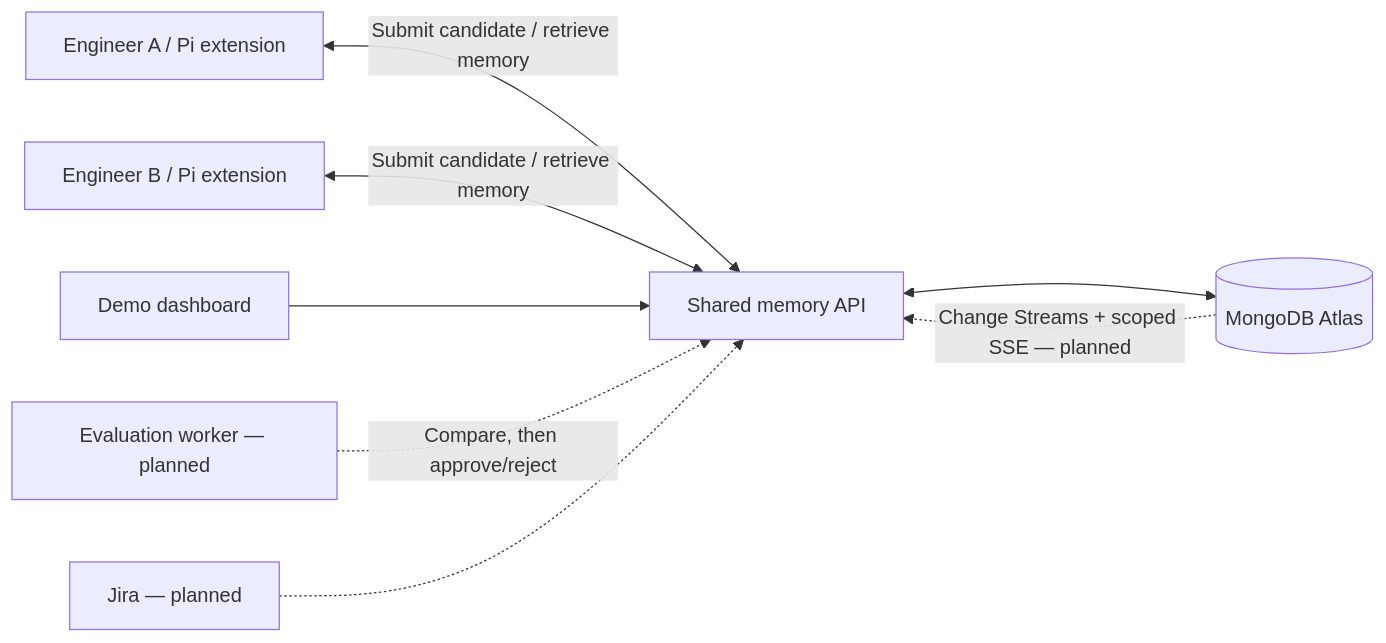
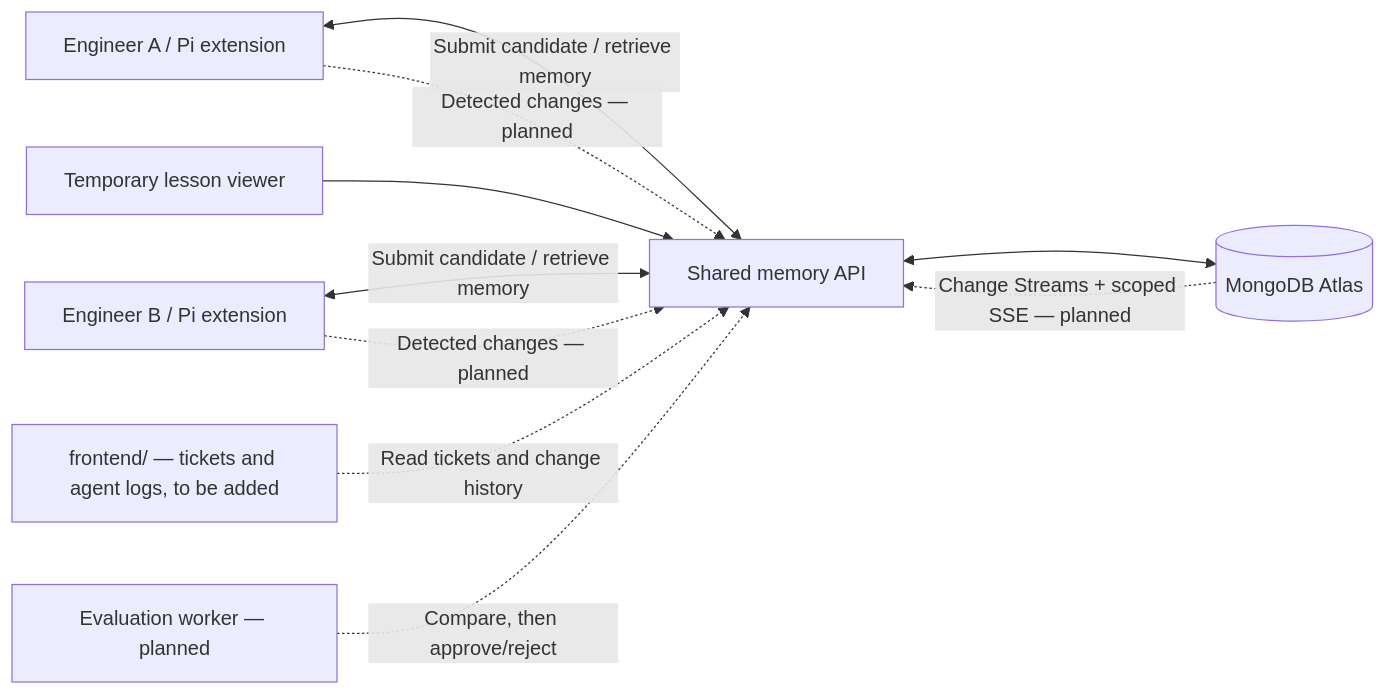
Before and after one commit to Shazam6565/mongo-db-hackathon-Xchange: the diagram in README.md, drawn with Mermaid. The commit also changed other lines of this file and 13 other files, not shown here.

Commit message:
Add ticket and agent-change contracts and frontend integration plan

````diff
--- a/README.md
+++ b/README.md
@@ -111,10 +138,12 @@
 ```mermaid
 flowchart LR
   A[Engineer A / Pi extension] <-->|Submit candidate / retrieve memory| API[Shared memory API]
   B[Engineer B / Pi extension] <-->|Submit candidate / retrieve memory| API
   API <--> DB[(MongoDB Atlas)]
-  UI[Demo dashboard] --> API
+  UI[Temporary lesson viewer] --> API
+  FE["frontend/ — tickets and agent logs, to be added"] -.->|Read tickets and change history| API
+  A -.->|Detected changes — planned| API
+  B -.->|Detected changes — planned| API
   E[Evaluation worker — planned] -.->|Compare, then approve/reject| API
-  J[Jira — planned] -.-> API
   DB -.->|Change Streams + scoped SSE — planned| API
 ```
````
